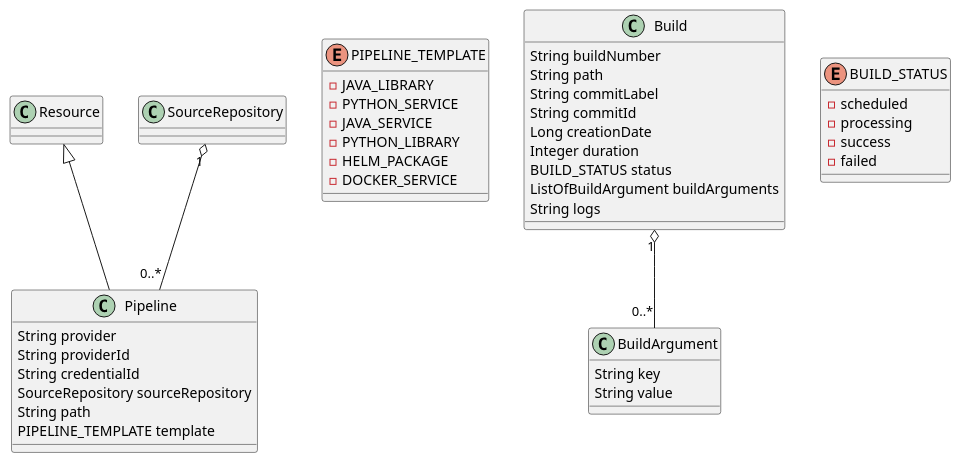
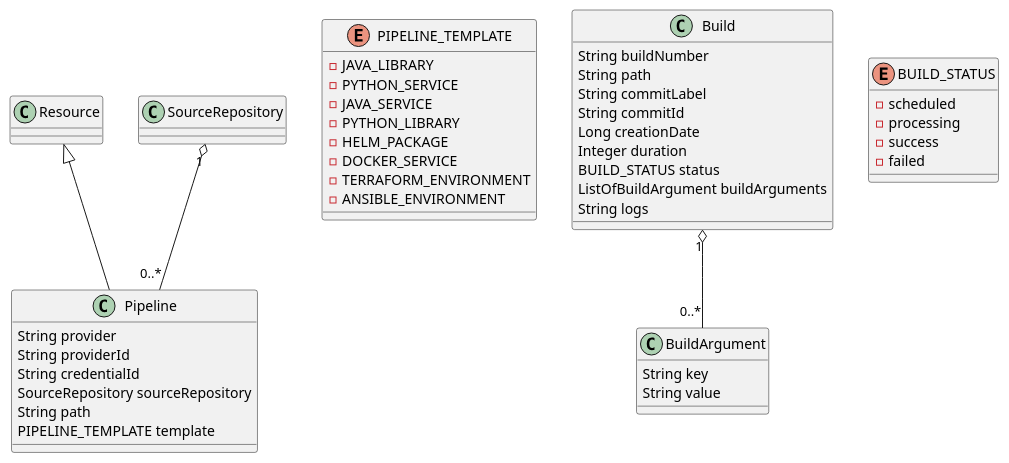
Before and after one commit to kathra-project/specifications: the diagram in Use cases/Pipeline/model.puml, drawn with PlantUML. The commit also changed 16 other files, not shown here.

```diff
--- a/Use cases/Pipeline/model.puml
+++ b/Use cases/Pipeline/model.puml
@@ -1,48 +1,50 @@
 @startuml
 class  Pipeline {
   String provider
   String providerId
   String credentialId
   SourceRepository sourceRepository
   String path
   PIPELINE_TEMPLATE template
 }
 Resource <|-- Pipeline
 SourceRepository "1" o-- "0..*" Pipeline
 
 
 enum PIPELINE_TEMPLATE {
-         - JAVA_LIBRARY
-         - PYTHON_SERVICE
-         - JAVA_SERVICE
-         - PYTHON_LIBRARY
-         - HELM_PACKAGE
-         - DOCKER_SERVICE
+    - JAVA_LIBRARY
+    - PYTHON_SERVICE
+    - JAVA_SERVICE
+    - PYTHON_LIBRARY
+    - HELM_PACKAGE
+    - DOCKER_SERVICE
+    - TERRAFORM_ENVIRONMENT
+    - ANSIBLE_ENVIRONMENT
 }
 
 
 class Build {
   String buildNumber
   String path
   String commitLabel
   String commitId
   Long creationDate
   Integer duration
   BUILD_STATUS status
   ListOfBuildArgument buildArguments
   String logs
 }
 Build "1" o-- "0..*" BuildArgument
 
 class BuildArgument {
   String key
   String value
 }
 
 enum BUILD_STATUS {
   - scheduled
   - processing
   - success
   - failed 
 }
 @enduml
```
